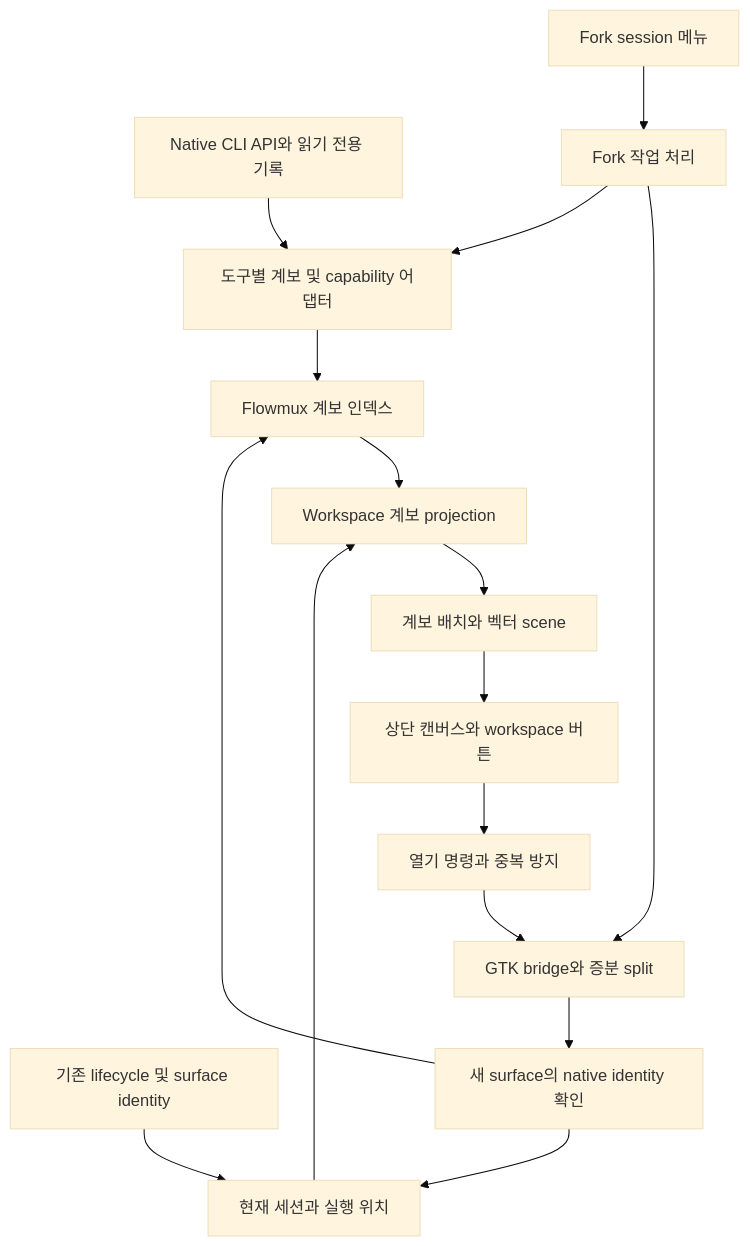
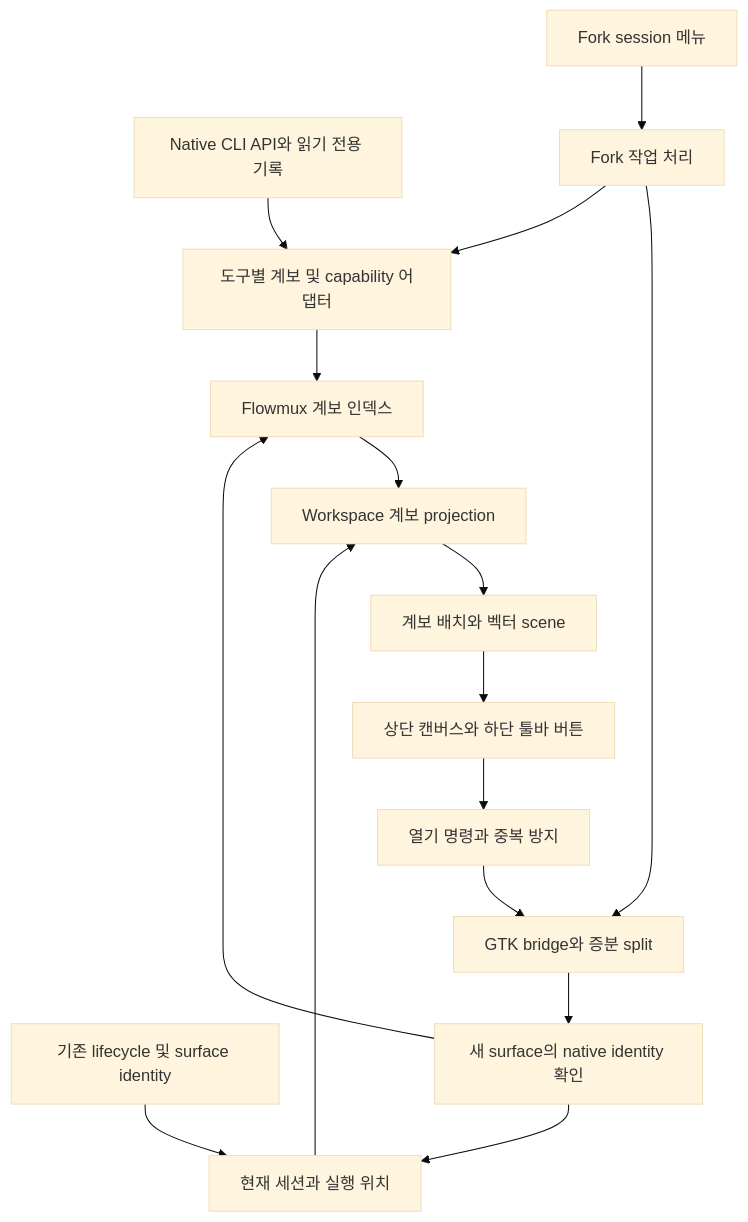
One commit to flowmux-ai/flowmux changed the diagram in docs/agent-session-flow-design.md. Above: the diagram before and after it, drawn with Mermaid (base theme). The commit also changed other lines of this file and 15 other files, not shown here.

Commit message:
feat(session-flow): refine navigation and cached star visuals

````diff
--- a/docs/agent-session-flow-design.md
+++ b/docs/agent-session-flow-design.md
@@ -73,18 +73,18 @@
 ```mermaid
 flowchart TD
     Native[Native CLI API와 읽기 전용 기록] --> Adapter[도구별 계보 및 capability 어댑터]
     Adapter --> Index[Flowmux 계보 인덱스]
     Runtime[기존 lifecycle 및 surface identity] --> Bindings[현재 세션과 실행 위치]
     Index --> Projection[Workspace 계보 projection]
     Bindings --> Projection
     Projection --> Scene[계보 배치와 벡터 scene]
-    Scene --> Panel[상단 캔버스와 workspace 버튼]
+    Scene --> Panel[상단 캔버스와 하단 툴바 버튼]
     Panel --> Open[열기 명령과 중복 방지]
     Menu[Fork session 메뉴] --> Fork[Fork 작업 처리]
     Open --> Bridge[GTK bridge와 증분 split]
     Fork --> Bridge
     Fork --> Adapter
     Bridge --> Identity[새 surface의 native identity 확인]
     Identity --> Bindings
     Identity --> Index
 ```
````
